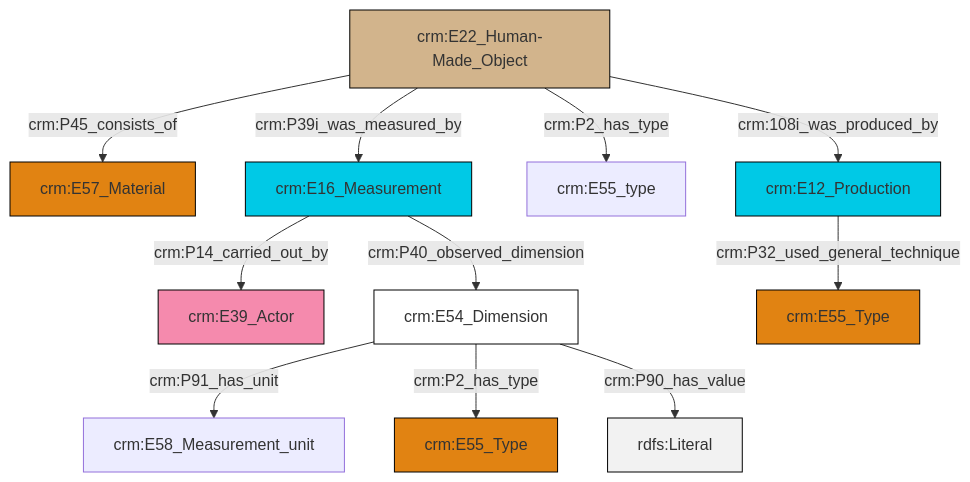
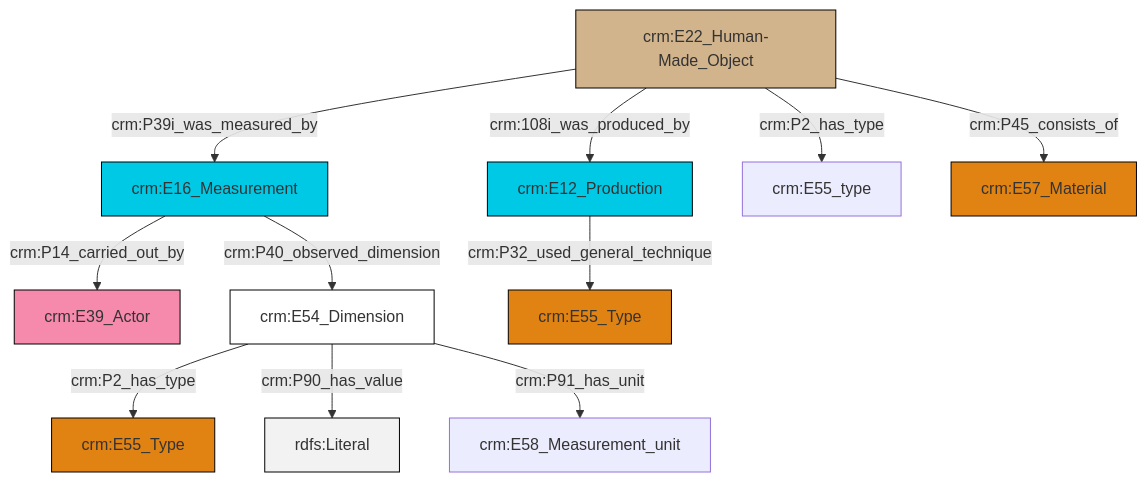
One commit to swiss-art-research-net/reference-data-models changed the diagram in et/artworkCSV/ttl/mmd/Artwork_substance.ttl.mmd. Above: the diagram before and after it, drawn with Mermaid. The commit also changed 128 other files, not shown here.

```diff
--- a/et/artworkCSV/ttl/mmd/Artwork_substance.ttl.mmd
+++ b/et/artworkCSV/ttl/mmd/Artwork_substance.ttl.mmd
@@ -1,25 +1,25 @@
 graph TD
 classDef Literal fill:#f2f2f2,stroke:#000000;
 classDef CRM_Entity fill:#FFFFFF,stroke:#000000;
 classDef Temporal_Entity fill:#00C9E6, stroke:#000000;
 classDef Type fill:#E18312, stroke:#000000;
 classDef Time-Span fill:#2C9C91, stroke:#000000;
 classDef Appellation fill:#FFEB7F, stroke:#000000;
 classDef Place fill:#008836, stroke:#000000;
 classDef Persistent_Item fill:#B266B2, stroke:#000000;
 classDef Conceptual_Object fill:#FFD700, stroke:#000000;
 classDef Physical_Thing fill:#D2B48C, stroke:#000000;
 classDef Actor fill:#f58aad, stroke:#000000;
 classDef PC_Classes fill:#4ce600, stroke:#000000;
 classDef Multi fill:#cccccc,stroke:#000000;
 
-4["crm:E22_Human-Made_Object"]:::Physical_Thing -->|crm:P45_consists_of| 0["crm:E57_Material"]:::Type
-7["crm:E54_Dimension"]:::CRM_Entity -->|crm:P91_has_unit| 8["crm:E58_Measurement_unit"]:::Default
-7["crm:E54_Dimension"]:::CRM_Entity -->|crm:P2_has_type| 5["crm:E55_Type"]:::Type
-9["crm:E12_Production"]:::Temporal_Entity -->|crm:P32_used_general_technique| 10["crm:E55_Type"]:::Type
-4["crm:E22_Human-Made_Object"]:::Physical_Thing -->|crm:108i_was_produced_by| 9["crm:E12_Production"]:::Temporal_Entity
-14["crm:E16_Measurement"]:::Temporal_Entity -->|crm:P14_carried_out_by| 2["crm:E39_Actor"]:::Actor
-7["crm:E54_Dimension"]:::CRM_Entity -->|crm:P90_has_value| 17[rdfs:Literal]:::Literal
-4["crm:E22_Human-Made_Object"]:::Physical_Thing -->|crm:P39i_was_measured_by| 14["crm:E16_Measurement"]:::Temporal_Entity
-4["crm:E22_Human-Made_Object"]:::Physical_Thing -->|crm:P2_has_type| 11["crm:E55_type"]:::Default
-14["crm:E16_Measurement"]:::Temporal_Entity -->|crm:P40_observed_dimension| 7["crm:E54_Dimension"]:::CRM_Entity
+0["crm:E22_Human-Made_Object"]:::Physical_Thing -->|crm:P39i_was_measured_by| 1["crm:E16_Measurement"]:::Temporal_Entity
+0["crm:E22_Human-Made_Object"]:::Physical_Thing -->|crm:108i_was_produced_by| 4["crm:E12_Production"]:::Temporal_Entity
+2["crm:E54_Dimension"]:::CRM_Entity -->|crm:P2_has_type| 5["crm:E55_Type"]:::Type
+2["crm:E54_Dimension"]:::CRM_Entity -->|crm:P90_has_value| 7[rdfs:Literal]:::Literal
+2["crm:E54_Dimension"]:::CRM_Entity -->|crm:P91_has_unit| 10["crm:E58_Measurement_unit"]:::Default
+1["crm:E16_Measurement"]:::Temporal_Entity -->|crm:P14_carried_out_by| 14["crm:E39_Actor"]:::Actor
+0["crm:E22_Human-Made_Object"]:::Physical_Thing -->|crm:P2_has_type| 16["crm:E55_type"]:::Default
+4["crm:E12_Production"]:::Temporal_Entity -->|crm:P32_used_general_technique| 8["crm:E55_Type"]:::Type
+1["crm:E16_Measurement"]:::Temporal_Entity -->|crm:P40_observed_dimension| 2["crm:E54_Dimension"]:::CRM_Entity
+0["crm:E22_Human-Made_Object"]:::Physical_Thing -->|crm:P45_consists_of| 18["crm:E57_Material"]:::Type
```
